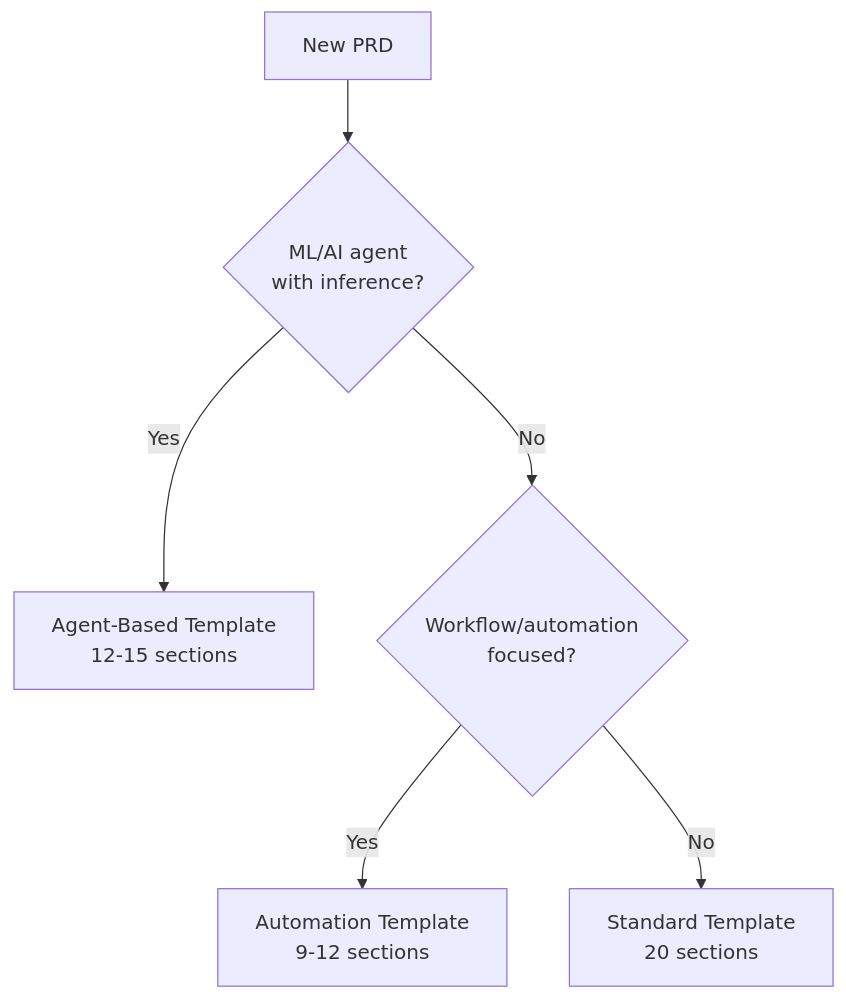
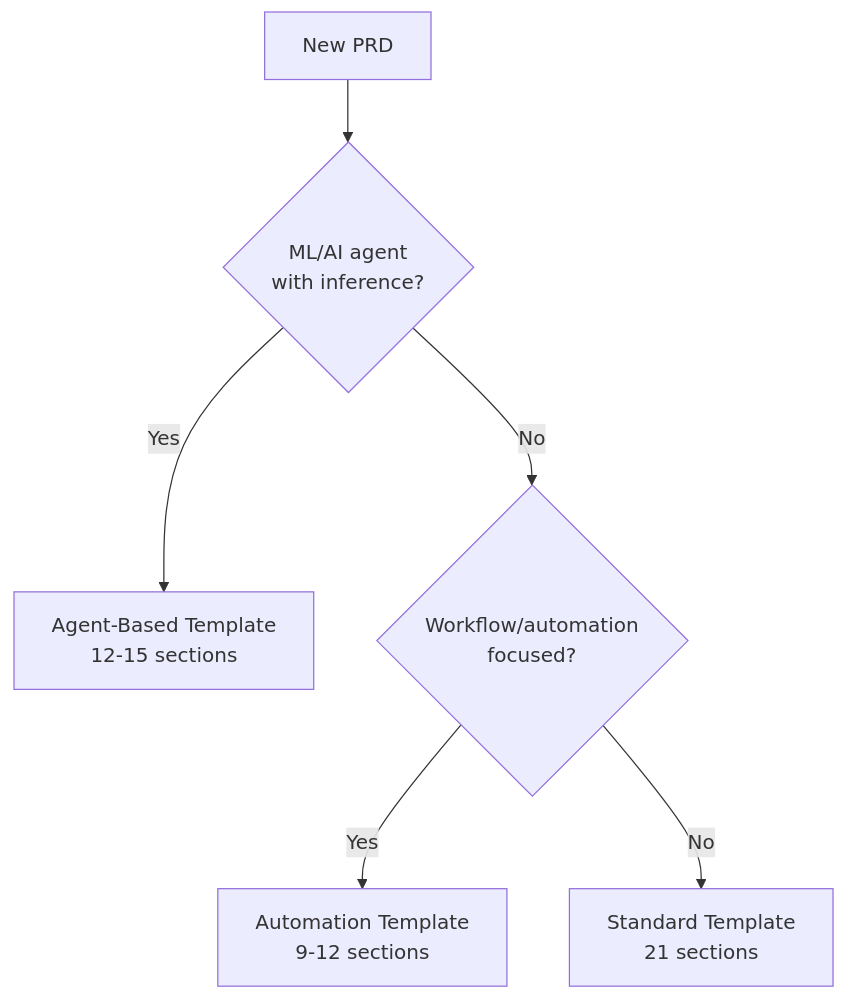
The second of 2 diagrams in ai_dev_flow/PRD/PRD-000_index.md (vladm3105/aidoc-flow-framework), drawn with Mermaid before and after one commit. The commit also changed other lines of this file and 24 other files, not shown here.

````diff
--- a/ai_dev_flow/PRD/PRD-000_index.md
+++ b/ai_dev_flow/PRD/PRD-000_index.md
@@ -104,8 +104,8 @@
 ```mermaid
 flowchart TD
     Start[New PRD] --> Q1{ML/AI agent<br/>with inference?}
     Q1 -->|Yes| Agent[Agent-Based Template<br/>12-15 sections]
     Q1 -->|No| Q2{Workflow/automation<br/>focused?}
     Q2 -->|Yes| Workflow[Automation Template<br/>9-12 sections]
-    Q2 -->|No| Standard[Standard Template<br/>20 sections]
+    Q2 -->|No| Standard[Standard Template<br/>21 sections]
 ```
````
